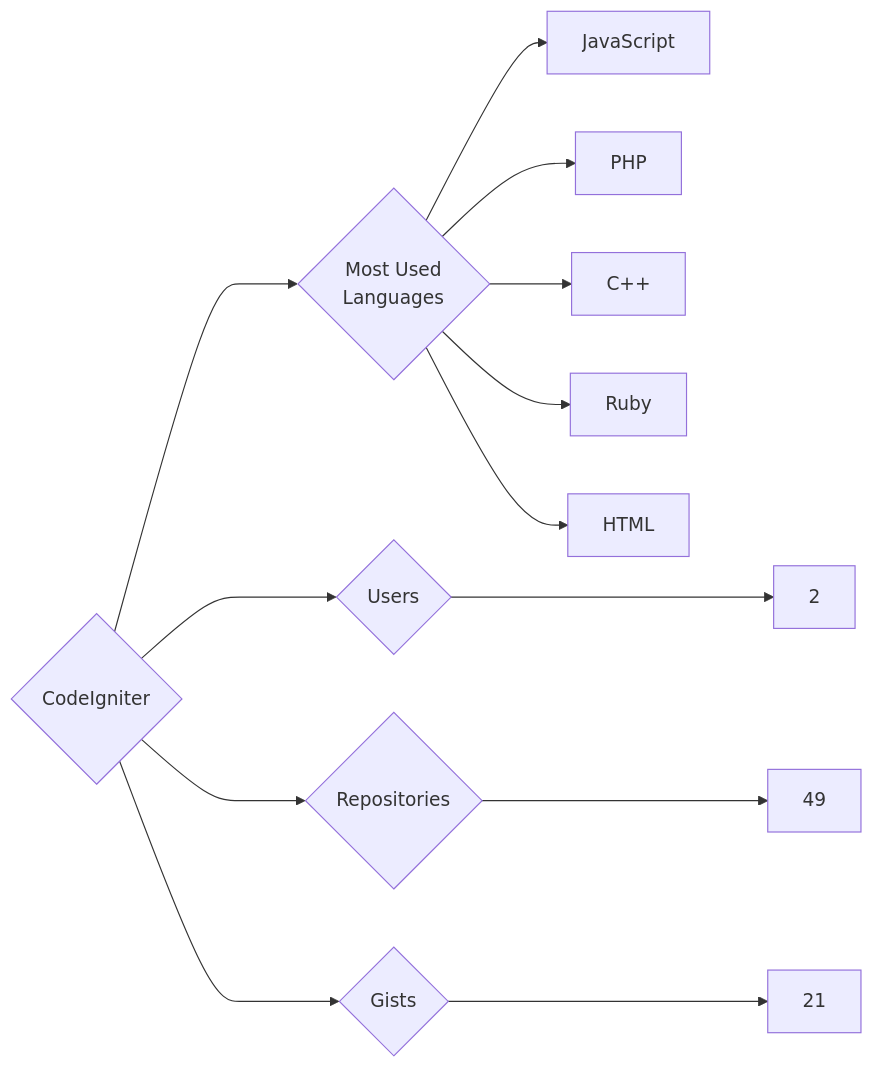
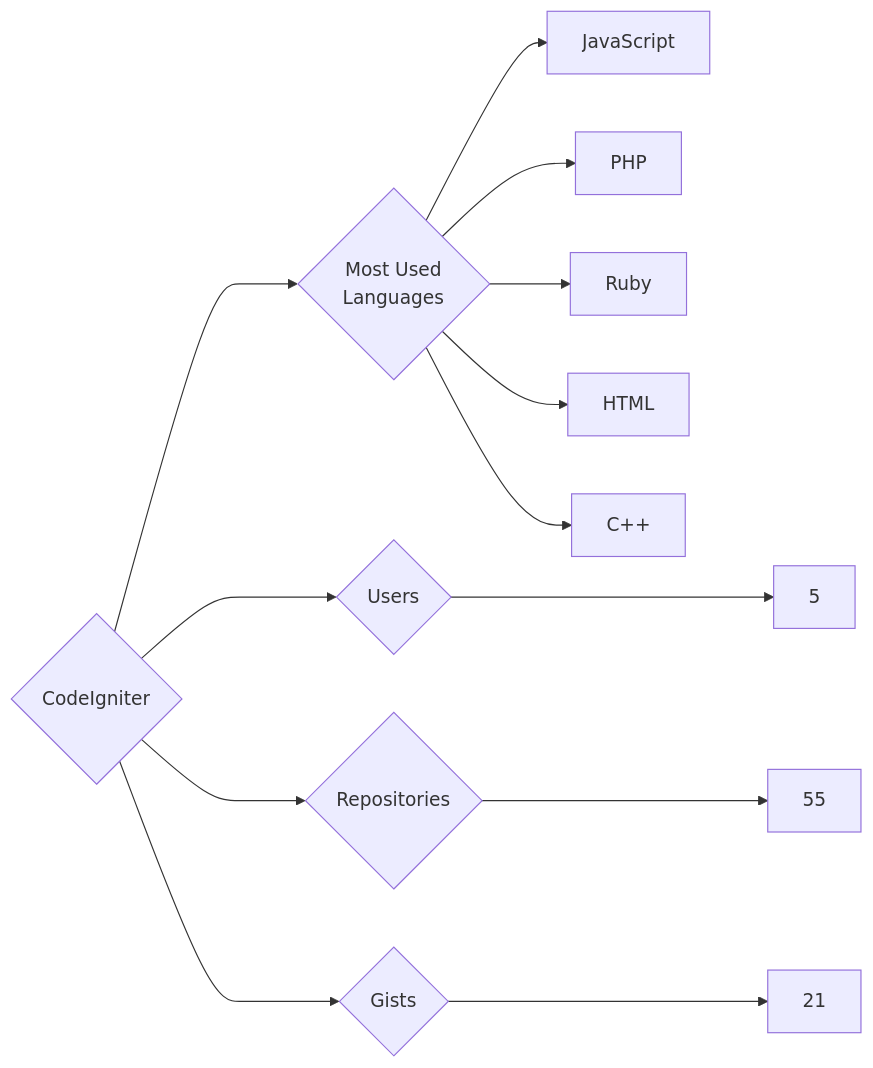
The diagram in targets/CodeIgniter/README.md (trickest/insiders), drawn with Mermaid before and after one commit. The commit also changed 847 other files, not shown here.

````diff
--- a/targets/CodeIgniter/README.md
+++ b/targets/CodeIgniter/README.md
@@ -3,13 +3,13 @@
 ```mermaid
 graph LR
 COMPANY_NAME{CodeIgniter}
-COMPANY_NAME ---> U{Users} ---> UN[2]
-COMPANY_NAME ---> R{Repositories} ---> RN[49]
+COMPANY_NAME ---> U{Users} ---> UN[5]
+COMPANY_NAME ---> R{Repositories} ---> RN[55]
 COMPANY_NAME ---> G{Gists} ---> GN[21]
 COMPANY_NAME ---> ML{Most Used<br>Languages}
 ML --> JavaScript[JavaScript]
 ML --> PHP[PHP]
-ML --> C++[C++]
 ML --> Ruby[Ruby]
 ML --> HTML[HTML]
+ML --> C++[C++]
 ```
````
